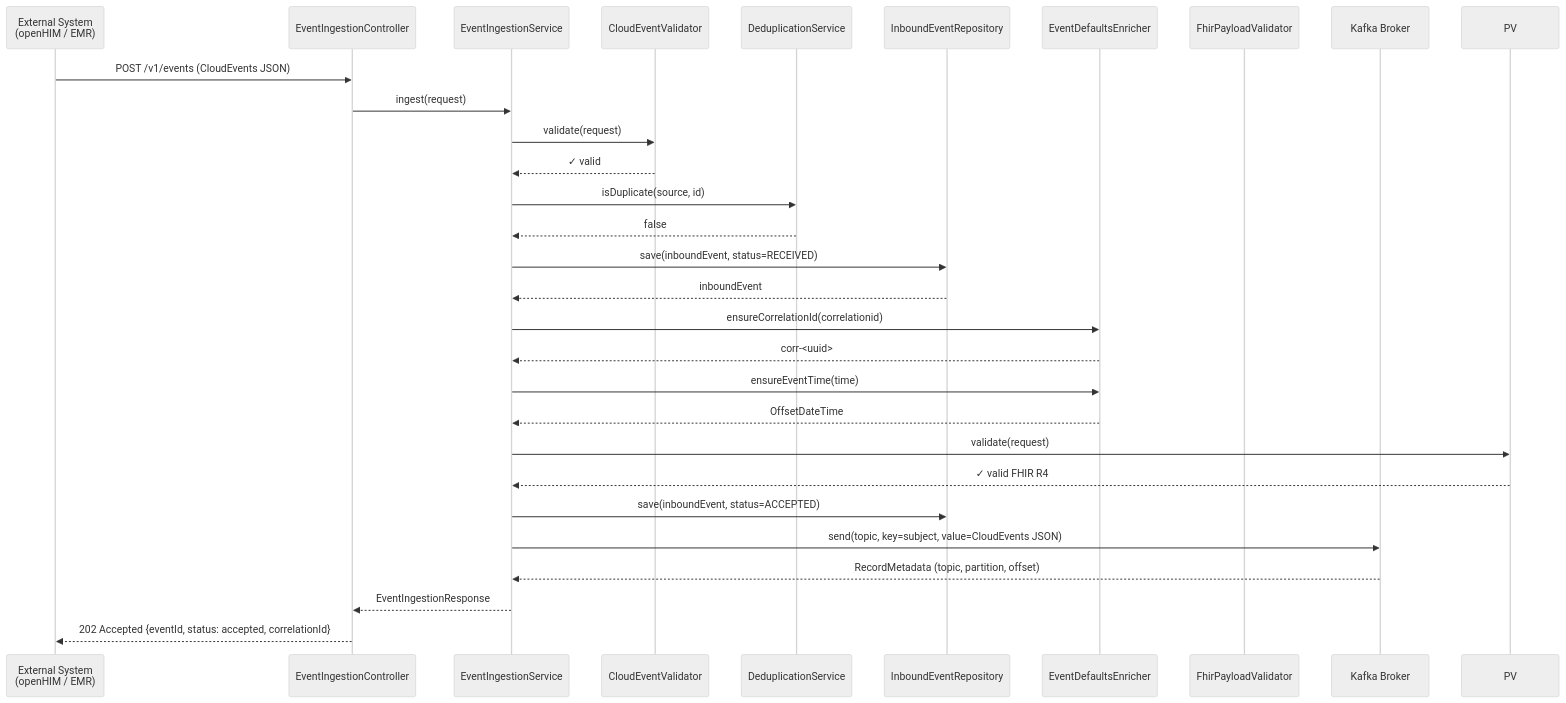
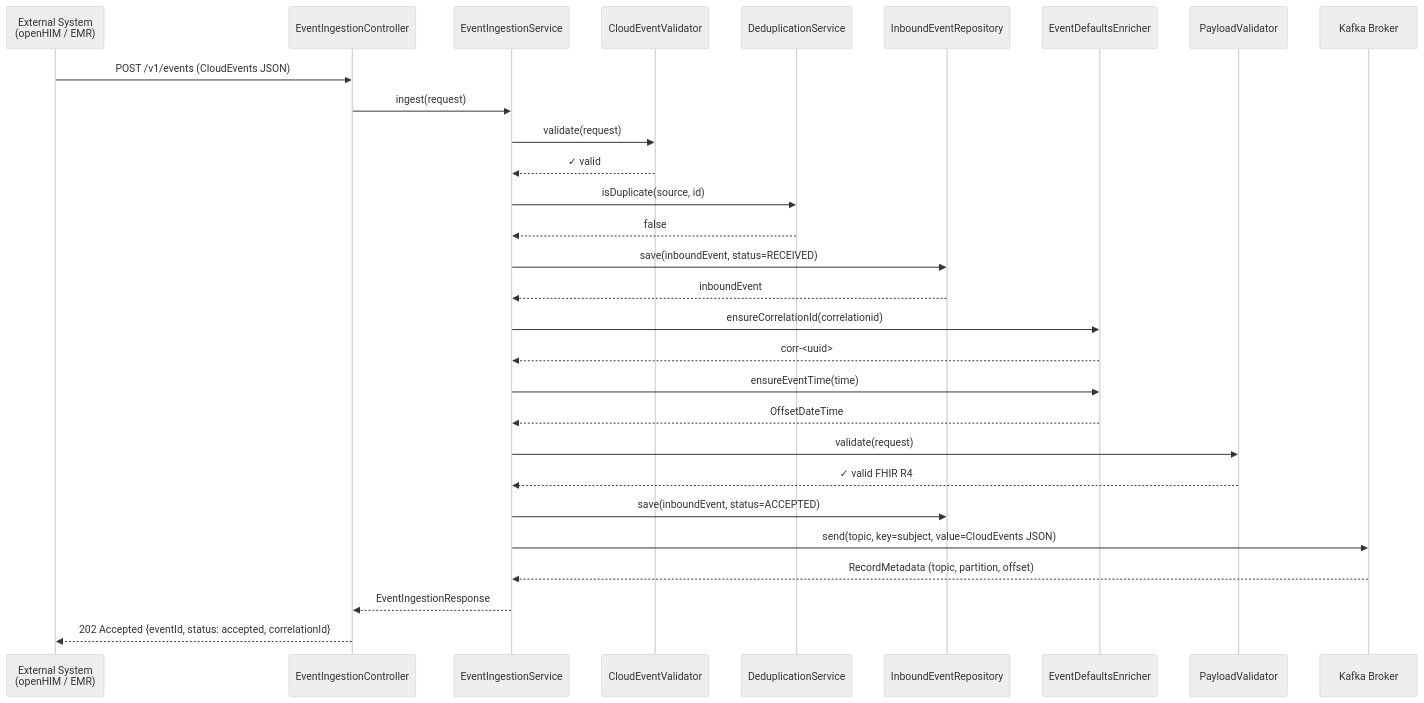
Before and after one commit to Jayaprakash8887/cce-collector-service: the second of 7 diagrams in docs/flow-diagrams.md, drawn with Mermaid (neutral theme). The commit also changed 7 other files, not shown here.

````diff
--- a/docs/flow-diagrams.md
+++ b/docs/flow-diagrams.md
@@ -54,39 +54,39 @@
 ```mermaid
 sequenceDiagram
     participant Client as External System<br/>(openHIM / EMR)
     participant Controller as EventIngestionController
     participant Service as EventIngestionService
     participant Validator as CloudEventValidator
     participant Dedup as DeduplicationService
     participant Repo as InboundEventRepository
     participant Defaults as EventDefaultsEnricher
-    participant FHIR as FhirPayloadValidator
+    participant PV as PayloadValidator
     participant Kafka as Kafka Broker
 
     Client->>Controller: POST /v1/events (CloudEvents JSON)
     Controller->>Service: ingest(request)
     Service->>Validator: validate(request)
     Validator-->>Service: ✓ valid
 
     Service->>Dedup: isDuplicate(source, id)
     Dedup-->>Service: false
 
     Service->>Repo: save(inboundEvent, status=RECEIVED)
     Repo-->>Service: inboundEvent
 
     Service->>Defaults: ensureCorrelationId(correlationid)
     Defaults-->>Service: corr-<uuid>
     Service->>Defaults: ensureEventTime(time)
     Defaults-->>Service: OffsetDateTime
 
     Service->>PV: validate(request)
     PV-->>Service: ✓ valid FHIR R4
 
     Service->>Repo: save(inboundEvent, status=ACCEPTED)
 
     Service->>Kafka: send(topic, key=subject, value=CloudEvents JSON)
     Kafka-->>Service: RecordMetadata (topic, partition, offset)
 
     Service-->>Controller: EventIngestionResponse
     Controller-->>Client: 202 Accepted {eventId, status: accepted, correlationId}
 ```
````
